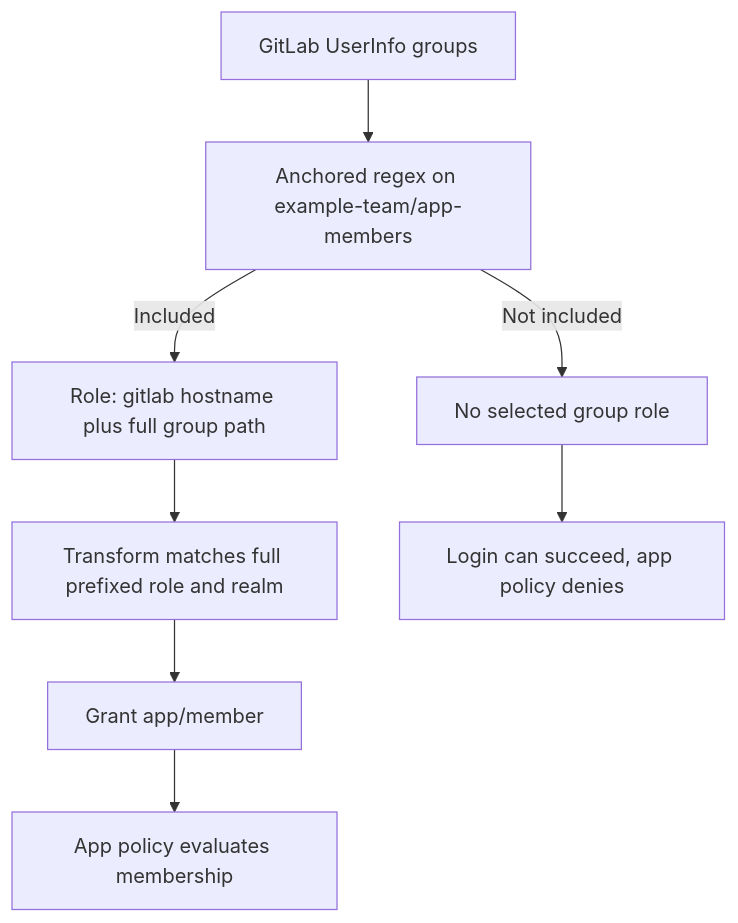
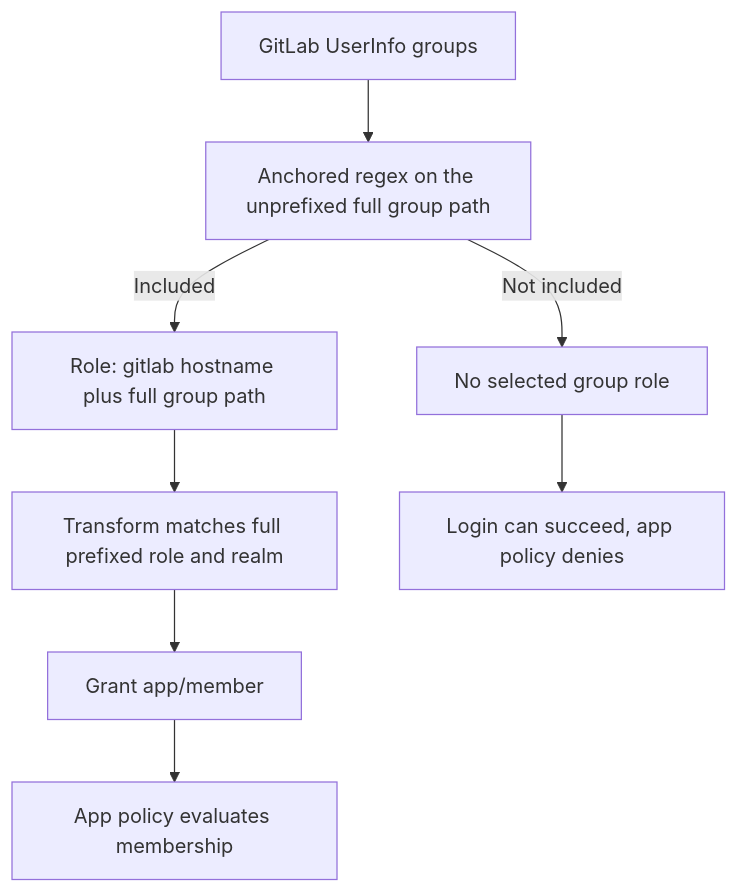
Before and after one commit to authcrunch/authcrunch.github.io: the diagram in docs/authenticate/oauth/81-backend-oauth2-0009-gitlab.md, drawn with Mermaid. The commit also changed 183 other files, not shown here.

````diff
--- a/docs/authenticate/oauth/81-backend-oauth2-0009-gitlab.md
+++ b/docs/authenticate/oauth/81-backend-oauth2-0009-gitlab.md
@@ -117,12 +117,12 @@
 ```mermaid
 flowchart TD
   accTitle: GitLab group paths are filtered before hostname-prefixed roles are produced
   accDescr: The named driver consumes the UserInfo groups array, not the ID-token groups_direct claim. The filter matches the unprefixed full path; the resulting portal role includes the GitLab hostname. Filtering selects membership claims rather than denying login, and the application policy requires the separately granted app/member role.
-  U["GitLab UserInfo groups"] --> F["Anchored regex on example-team/app-members"]
+  U["GitLab UserInfo groups"] --> F["Anchored regex on the unprefixed full group path"]
   F -->|Included| R["Role: gitlab hostname plus full group path"]
   F -->|Not included| N["No selected group role"]
   R --> T["Transform matches full prefixed role and realm"]
   T --> A["Grant app/member"]
   A --> P["App policy evaluates membership"]
   N --> D["Login can succeed, app policy denies"]
 ```
````
